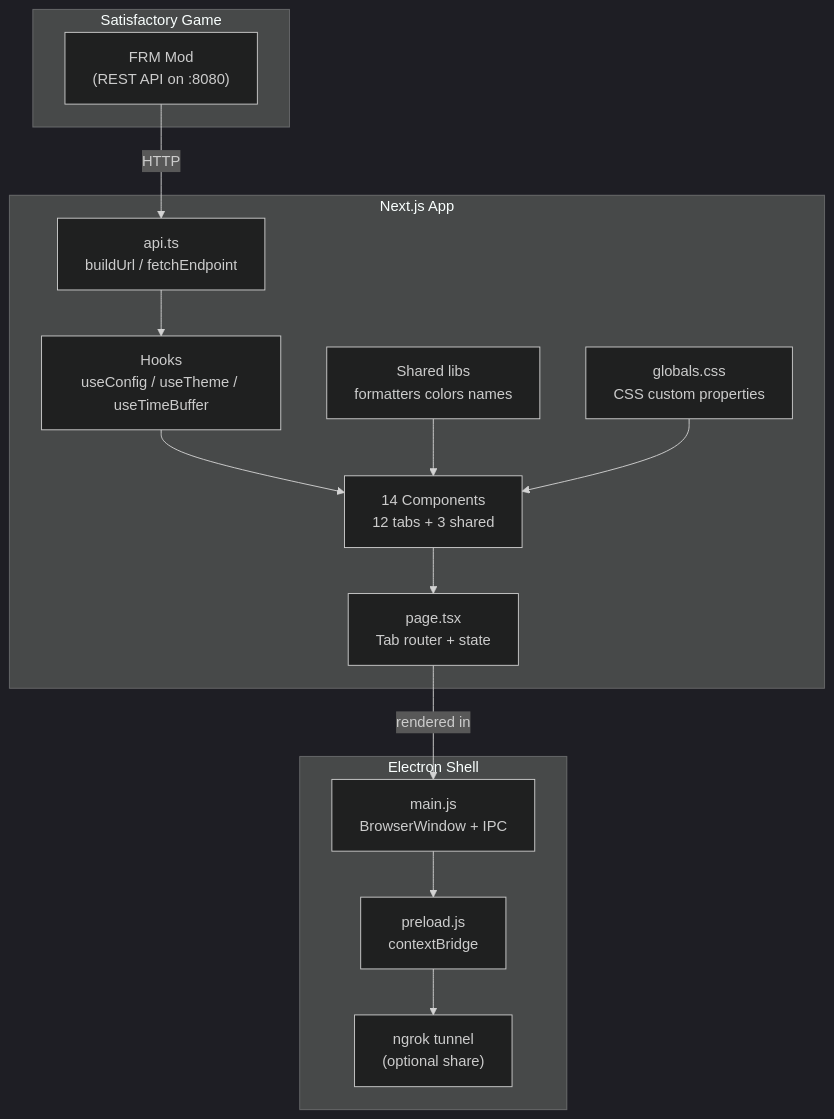
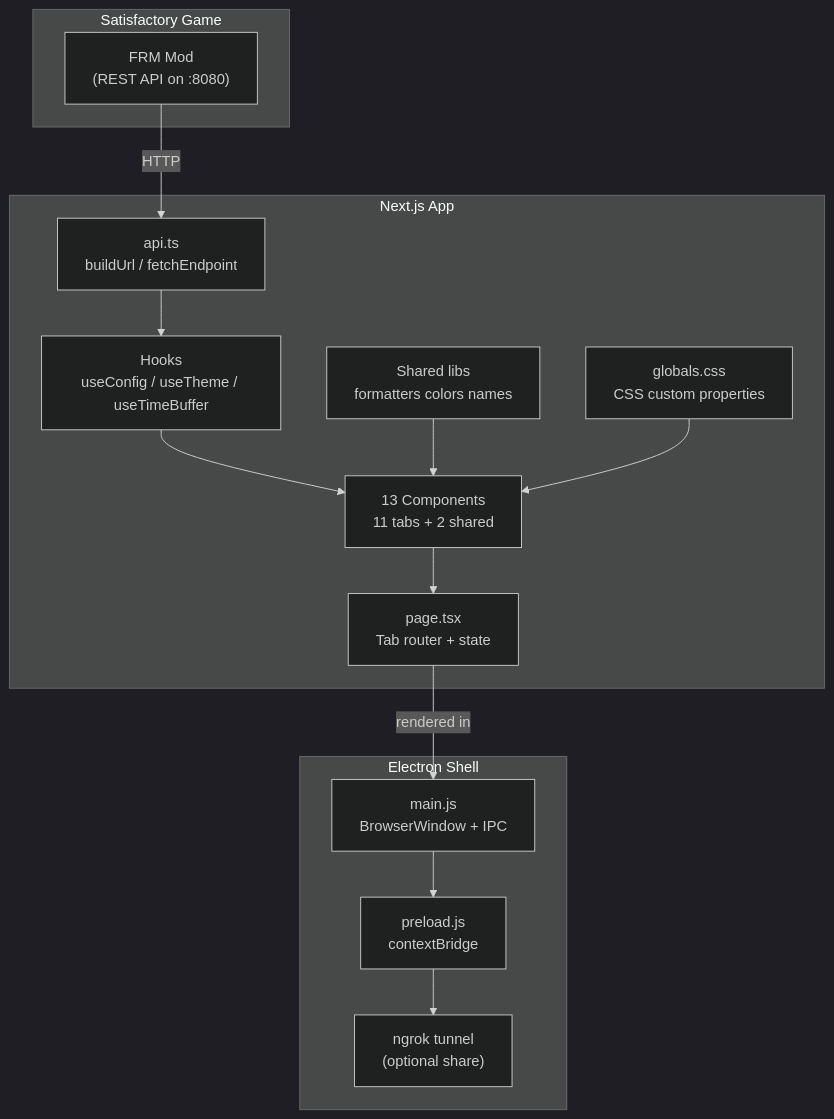
Before and after one commit to shakiata/satisfactoryStats: the diagram in docs/architecture.md, drawn with Mermaid (dark theme). The commit also changed other lines of this file and 20 other files, not shown here.

````diff
--- a/docs/architecture.md
+++ b/docs/architecture.md
@@ -7,28 +7,28 @@
 ```mermaid
 graph TD
     subgraph "Satisfactory Game"
         FRM["FRM Mod<br/>(REST API on :8080)"]
     end
     subgraph "Electron Shell"
         MAIN["main.js<br/>BrowserWindow + IPC"]
         PRELOAD["preload.js<br/>contextBridge"]
         NGROK["ngrok tunnel<br/>(optional share)"]
     end
     subgraph "Next.js App"
         PAGE["page.tsx<br/>Tab router + state"]
         HOOKS["Hooks<br/>useConfig / useTheme / useTimeBuffer"]
         API["api.ts<br/>buildUrl / fetchEndpoint"]
-        COMPONENTS["14 Components<br/>12 tabs + 3 shared"]
+        COMPONENTS["13 Components<br/>11 tabs + 2 shared"]
         LIBS["Shared libs<br/>formatters colors names"]
         GLOBALS["globals.css<br/>CSS custom properties"]
     end
     FRM -->|HTTP| API
     API --> HOOKS
     HOOKS --> COMPONENTS
     LIBS --> COMPONENTS
     COMPONENTS --> PAGE
     MAIN --> PRELOAD
     PRELOAD --> NGROK
     PAGE -->|rendered in| MAIN
     GLOBALS --> COMPONENTS
 ```
````
